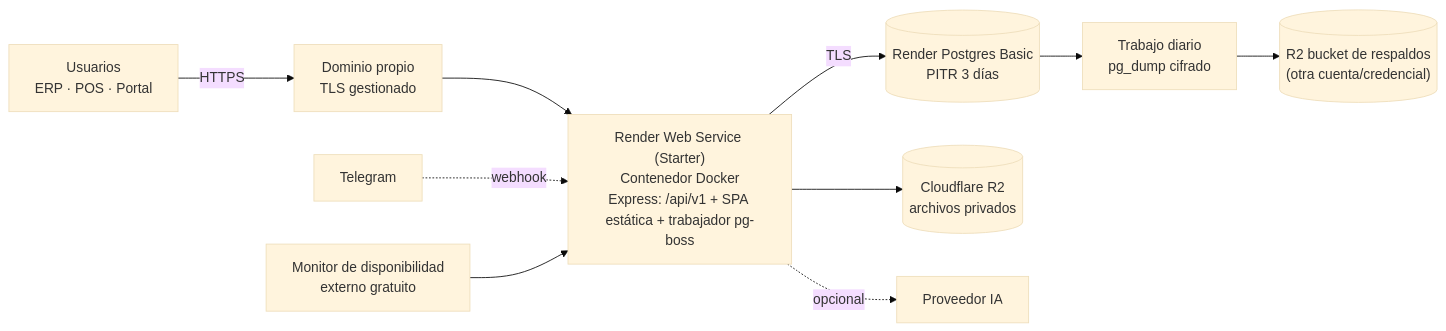
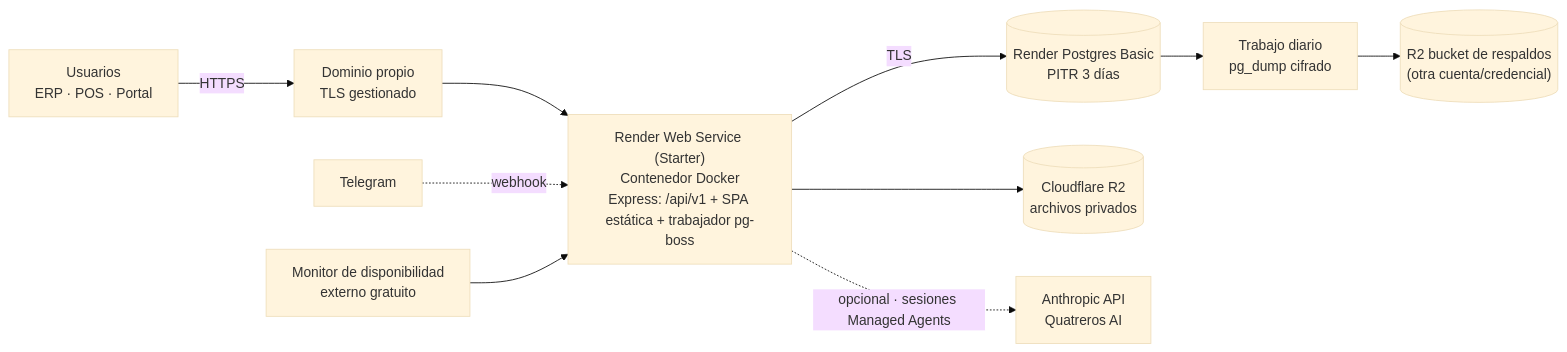
One commit to Anpinprogrammer/quatreros changed the first of 2 diagrams in docs/02-architecture/deployment-design.md. Above: the diagram before and after it, drawn with Mermaid (base theme). The commit also changed other lines of this file and 24 other files, not shown here.

````diff
--- a/docs/02-architecture/deployment-design.md
+++ b/docs/02-architecture/deployment-design.md
@@ -10,12 +10,12 @@
 ```mermaid
 flowchart LR
   U[Usuarios\nERP · POS · Portal] -->|HTTPS| CDN[Dominio propio\nTLS gestionado]
   CDN --> WEB["Render Web Service (Starter)\nContenedor Docker\nExpress: /api/v1 + SPA estática + trabajador pg-boss"]
   WEB -->|TLS| PG[("Render Postgres Basic\nPITR 3 días")]
   WEB --> R2[("Cloudflare R2\narchivos privados")]
   CRON["Trabajo diario\npg_dump cifrado"] --> R2B[("R2 bucket de respaldos\n(otra cuenta/credencial)")]
   PG --> CRON
-  WEB -.->|opcional| LLM[Proveedor IA]
+  WEB -.->|opcional · sesiones Managed Agents| LLM[Anthropic API\nQuatreros AI]
   TG[Telegram] -.->|webhook| WEB
   MON[Monitor de disponibilidad\nexterno gratuito] --> WEB
 ```
````
